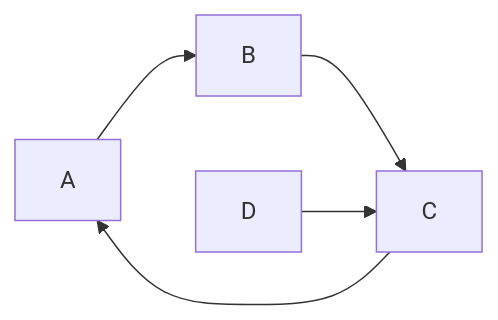
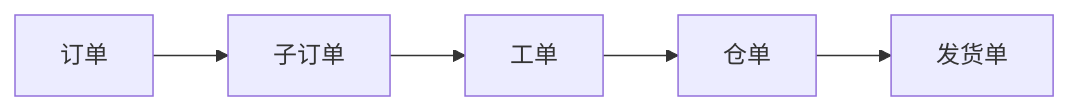
The second of 2 diagrams in cases/1.md (PuZheng/main-web-site), drawn with Mermaid before and after one commit. The commit also changed other lines of this file and 14 other files, not shown here.

````diff
--- a/cases/1.md
+++ b/cases/1.md
@@ -7,7 +93,7 @@
 ```mermaid
 graph LR
-A-->B
-B-->C
-C-->A
-D-->C
+订单-->子订单
+子订单-->工单
+工单-->仓单
+仓单-->发货单
 ```
````
